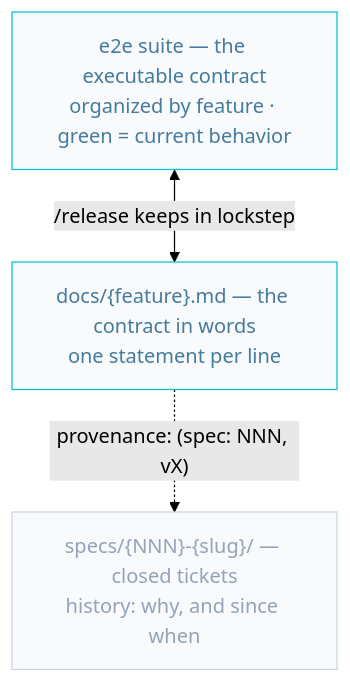
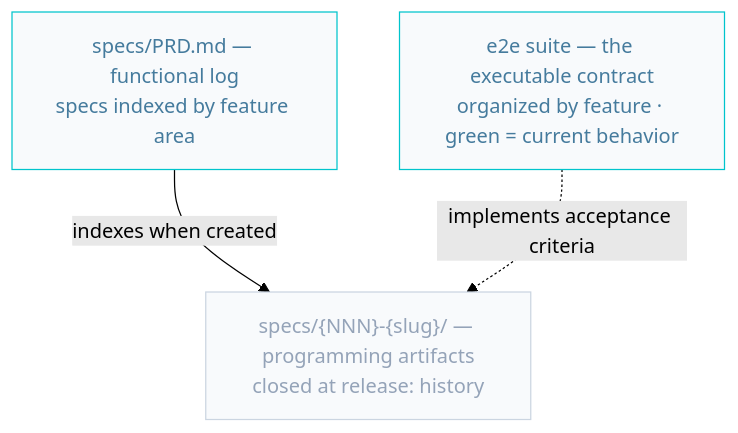
The first of 7 diagrams in docs/AIDD.diagrams.md (AIDDbot/AIDDbot), drawn with Mermaid (forest theme) before and after one commit. The commit also changed other lines of this file and 16 other files, not shown here.

First line of the commit message:
refactor(skills): update documentation for PRD and spec lifecycle

````diff
--- a/docs/AIDD.diagrams.md
+++ b/docs/AIDD.diagrams.md
@@ -13,12 +14,12 @@
 ```mermaid
 flowchart TB
   classDef nd fill:#f8fafc,stroke:#00c4cc,color:#457b9d
   classDef hist fill:#f8fafc,stroke:#cbd5e1,color:#94a3b8
 
   E2E["e2e suite — the executable contract<br/>organized by feature · green = current behavior"]:::nd
-  DOC["docs/{feature}.md — the contract in words<br/>one statement per line"]:::nd
-  SPECS["specs/{NNN}-{slug}/ — closed tickets<br/>history: why, and since when"]:::hist
+  PRD["specs/PRD.md — functional log<br/>specs indexed by feature area"]:::nd
+  SPECS["specs/{NNN}-{slug}/ — programming artifacts<br/>closed at release: history"]:::hist
 
-  E2E <-->|"/release keeps in lockstep"| DOC
-  DOC -.->|"provenance: (spec: NNN, vX)"| SPECS
+  PRD -->|"indexes when created"| SPECS
+  E2E -.->|"implements acceptance criteria"| SPECS
 ```
````
